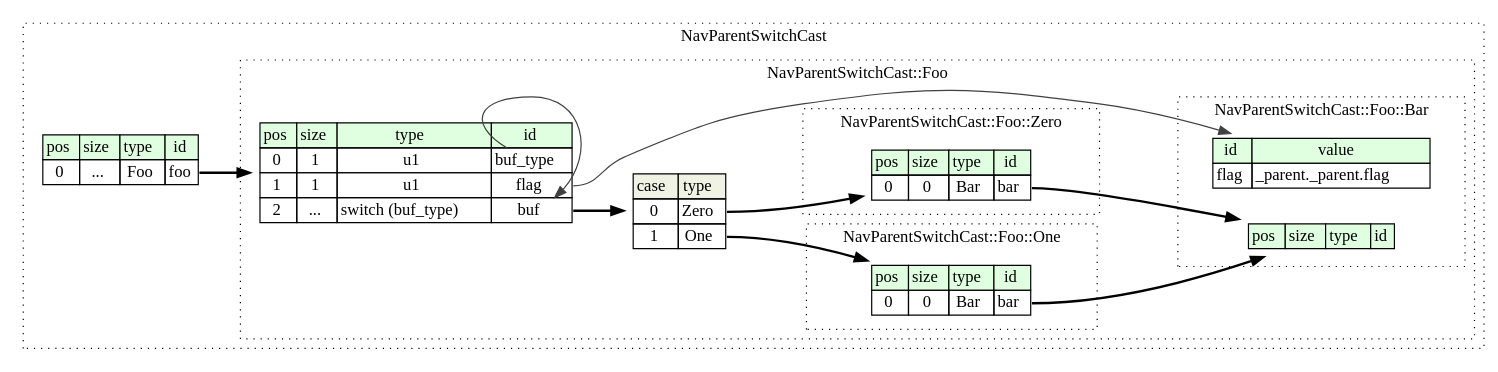
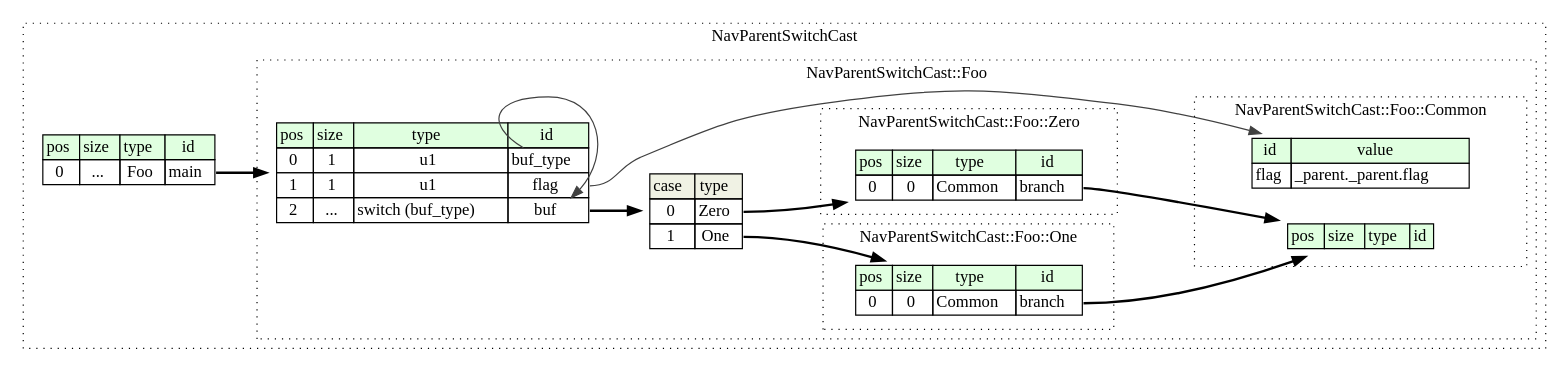
Before and after one commit to kaitai-io/ci_targets: the diagram in compiled/graphviz/nav_parent_switch_cast.dot, drawn with Graphviz. The commit also changed 101 other files, not shown here.

```diff
--- a/compiled/graphviz/nav_parent_switch_cast.dot
+++ b/compiled/graphviz/nav_parent_switch_cast.dot
@@ -1,67 +1,67 @@
 digraph {
 	rankdir=LR;
 	node [shape=plaintext];
 	subgraph cluster__nav_parent_switch_cast {
 		label="NavParentSwitchCast";
 		graph[style=dotted];
 
 		nav_parent_switch_cast__seq [label=<<TABLE BORDER="0" CELLBORDER="1" CELLSPACING="0">
 			<TR><TD BGCOLOR="#E0FFE0">pos</TD><TD BGCOLOR="#E0FFE0">size</TD><TD BGCOLOR="#E0FFE0">type</TD><TD BGCOLOR="#E0FFE0">id</TD></TR>
-			<TR><TD PORT="foo_pos">0</TD><TD PORT="foo_size">...</TD><TD>Foo</TD><TD PORT="foo_type">foo</TD></TR>
+			<TR><TD PORT="main_pos">0</TD><TD PORT="main_size">...</TD><TD>Foo</TD><TD PORT="main_type">main</TD></TR>
 		</TABLE>>];
 		subgraph cluster__foo {
 			label="NavParentSwitchCast::Foo";
 			graph[style=dotted];
 
 			foo__seq [label=<<TABLE BORDER="0" CELLBORDER="1" CELLSPACING="0">
 				<TR><TD BGCOLOR="#E0FFE0">pos</TD><TD BGCOLOR="#E0FFE0">size</TD><TD BGCOLOR="#E0FFE0">type</TD><TD BGCOLOR="#E0FFE0">id</TD></TR>
 				<TR><TD PORT="buf_type_pos">0</TD><TD PORT="buf_type_size">1</TD><TD>u1</TD><TD PORT="buf_type_type">buf_type</TD></TR>
 				<TR><TD PORT="flag_pos">1</TD><TD PORT="flag_size">1</TD><TD>u1</TD><TD PORT="flag_type">flag</TD></TR>
 				<TR><TD PORT="buf_pos">2</TD><TD PORT="buf_size">...</TD><TD>switch (buf_type)</TD><TD PORT="buf_type">buf</TD></TR>
 			</TABLE>>];
 foo__seq_buf_switch [label=<<TABLE BORDER="0" CELLBORDER="1" CELLSPACING="0">
 	<TR><TD BGCOLOR="#F0F2E4">case</TD><TD BGCOLOR="#F0F2E4">type</TD></TR>
 	<TR><TD>0</TD><TD PORT="case0">Zero</TD></TR>
 	<TR><TD>1</TD><TD PORT="case1">One</TD></TR>
 </TABLE>>];
 			subgraph cluster__zero {
 				label="NavParentSwitchCast::Foo::Zero";
 				graph[style=dotted];
 
 				zero__seq [label=<<TABLE BORDER="0" CELLBORDER="1" CELLSPACING="0">
 					<TR><TD BGCOLOR="#E0FFE0">pos</TD><TD BGCOLOR="#E0FFE0">size</TD><TD BGCOLOR="#E0FFE0">type</TD><TD BGCOLOR="#E0FFE0">id</TD></TR>
-					<TR><TD PORT="bar_pos">0</TD><TD PORT="bar_size">0</TD><TD>Bar</TD><TD PORT="bar_type">bar</TD></TR>
+					<TR><TD PORT="branch_pos">0</TD><TD PORT="branch_size">0</TD><TD>Common</TD><TD PORT="branch_type">branch</TD></TR>
 				</TABLE>>];
 			}
 			subgraph cluster__one {
 				label="NavParentSwitchCast::Foo::One";
 				graph[style=dotted];
 
 				one__seq [label=<<TABLE BORDER="0" CELLBORDER="1" CELLSPACING="0">
 					<TR><TD BGCOLOR="#E0FFE0">pos</TD><TD BGCOLOR="#E0FFE0">size</TD><TD BGCOLOR="#E0FFE0">type</TD><TD BGCOLOR="#E0FFE0">id</TD></TR>
-					<TR><TD PORT="bar_pos">0</TD><TD PORT="bar_size">0</TD><TD>Bar</TD><TD PORT="bar_type">bar</TD></TR>
+					<TR><TD PORT="branch_pos">0</TD><TD PORT="branch_size">0</TD><TD>Common</TD><TD PORT="branch_type">branch</TD></TR>
 				</TABLE>>];
 			}
-			subgraph cluster__bar {
-				label="NavParentSwitchCast::Foo::Bar";
+			subgraph cluster__common {
+				label="NavParentSwitchCast::Foo::Common";
 				graph[style=dotted];
 
-				bar__seq [label=<<TABLE BORDER="0" CELLBORDER="1" CELLSPACING="0">
+				common__seq [label=<<TABLE BORDER="0" CELLBORDER="1" CELLSPACING="0">
 					<TR><TD BGCOLOR="#E0FFE0">pos</TD><TD BGCOLOR="#E0FFE0">size</TD><TD BGCOLOR="#E0FFE0">type</TD><TD BGCOLOR="#E0FFE0">id</TD></TR>
 				</TABLE>>];
-				bar__inst__flag [label=<<TABLE BORDER="0" CELLBORDER="1" CELLSPACING="0">
+				common__inst__flag [label=<<TABLE BORDER="0" CELLBORDER="1" CELLSPACING="0">
 					<TR><TD BGCOLOR="#E0FFE0">id</TD><TD BGCOLOR="#E0FFE0">value</TD></TR>
 					<TR><TD>flag</TD><TD>_parent._parent.flag</TD></TR>
 				</TABLE>>];
 			}
 		}
 	}
-	nav_parent_switch_cast__seq:foo_type -> foo__seq [style=bold];
+	nav_parent_switch_cast__seq:main_type -> foo__seq [style=bold];
 	foo__seq:buf_type -> foo__seq_buf_switch [style=bold];
 	foo__seq_buf_switch:case0 -> zero__seq [style=bold];
 	foo__seq_buf_switch:case1 -> one__seq [style=bold];
 	foo__seq:buf_type_type -> foo__seq:buf_type [color="#404040"];
-	zero__seq:bar_type -> bar__seq [style=bold];
-	one__seq:bar_type -> bar__seq [style=bold];
-	foo__seq:flag_type -> bar__inst__flag [color="#404040"];
+	zero__seq:branch_type -> common__seq [style=bold];
+	one__seq:branch_type -> common__seq [style=bold];
+	foo__seq:flag_type -> common__inst__flag [color="#404040"];
 }
```
